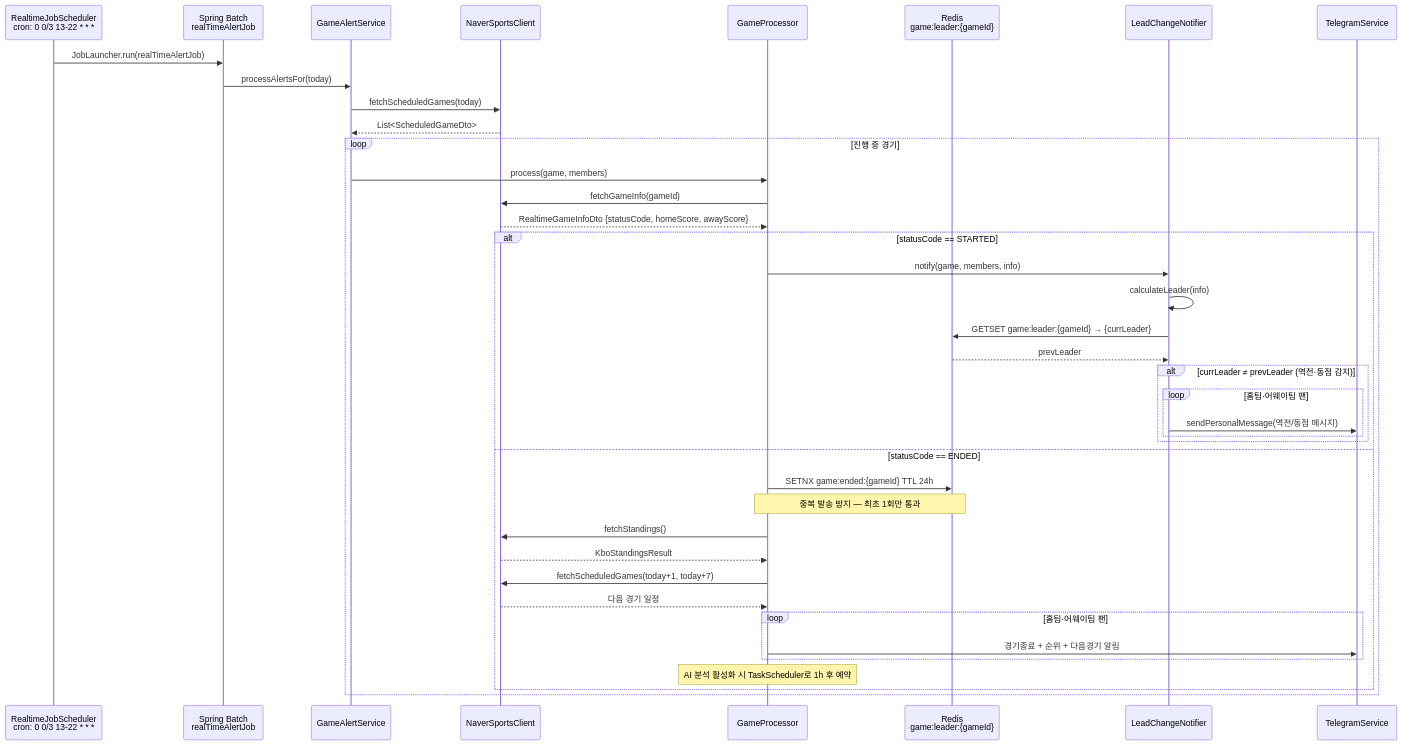
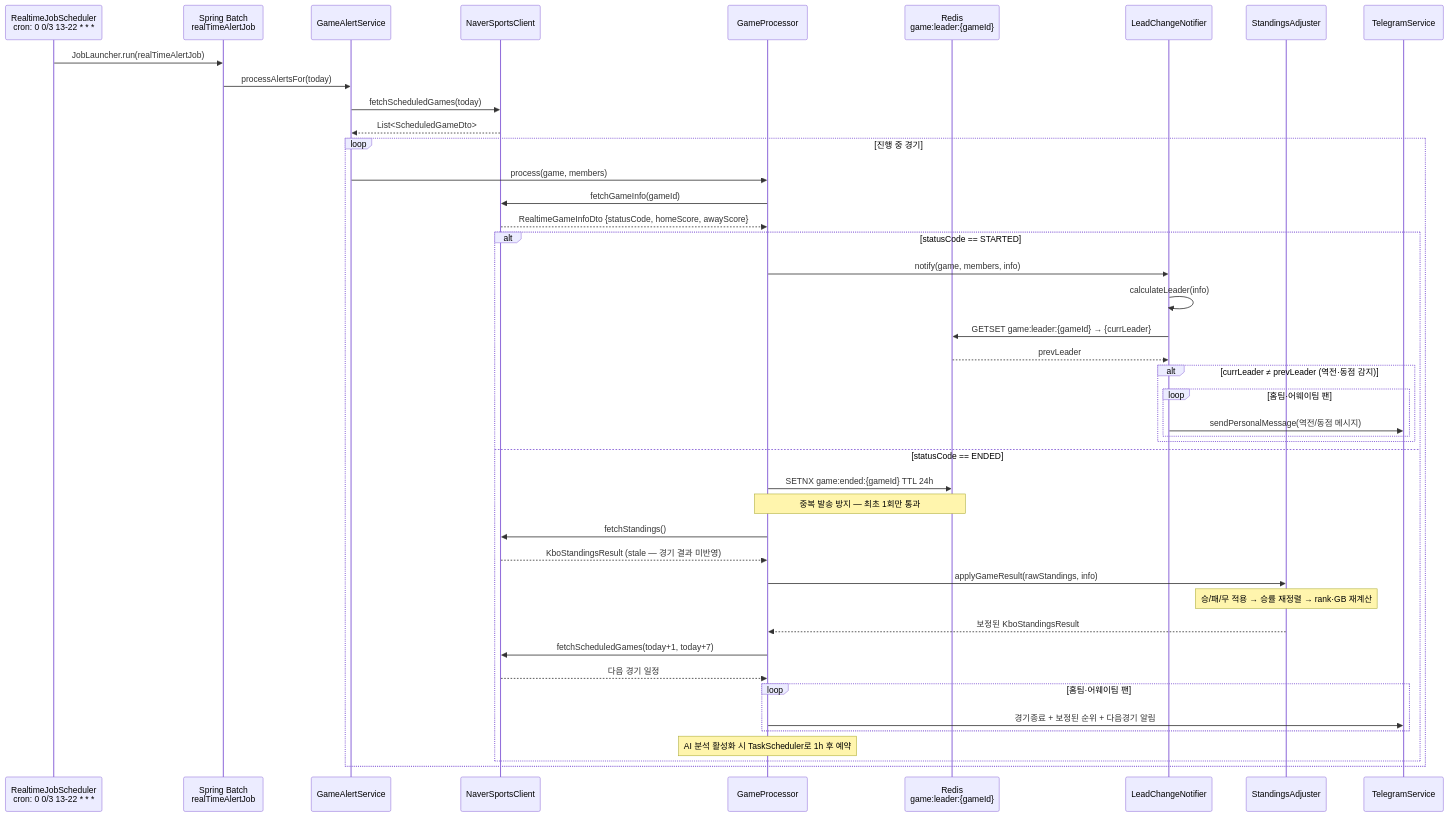
The fourth of 6 diagrams in README.md (oxdjww/Baseball-AI-Agent), drawn with Mermaid before and after one commit. The commit also changed other lines of this file and 1 other file, not shown here.

Commit message:
Docs: 2026-03-19 작업 로그 추가 및 README 최신화
- docs/daily-logs/2026-03-19.md: StandingsAdjuster 도입 배경·동작·검증 결과 기록
- README: Features 설명 업데이트, Data Flow 시퀀스 다이어그램에 StandingsAdjuster 단계 추가, Changelog·Daily Work Logs 항목 추가

````diff
--- a/README.md
+++ b/README.md
@@ -151,50 +151,54 @@
 ```mermaid
 sequenceDiagram
     participant Cron as RealtimeJobScheduler<br/>cron: 0 0/3 13-22 * * *
     participant Batch as Spring Batch<br/>realTimeAlertJob
     participant Service as GameAlertService
     participant Naver as NaverSportsClient
     participant Proc as GameProcessor
     participant Redis as Redis<br/>game:leader:{gameId}
     participant Notifier as LeadChangeNotifier
+    participant Adjuster as StandingsAdjuster
     participant TG as TelegramService
 
     Cron->>Batch: JobLauncher.run(realTimeAlertJob)
     Batch->>Service: processAlertsFor(today)
     Service->>Naver: fetchScheduledGames(today)
     Naver-->>Service: List<ScheduledGameDto>
 
     loop 진행 중 경기
         Service->>Proc: process(game, members)
         Proc->>Naver: fetchGameInfo(gameId)
         Naver-->>Proc: RealtimeGameInfoDto {statusCode, homeScore, awayScore}
 
         alt statusCode == STARTED
             Proc->>Notifier: notify(game, members, info)
             Notifier->>Notifier: calculateLeader(info)
             Notifier->>Redis: GETSET game:leader:{gameId} → {currLeader}
             Redis-->>Notifier: prevLeader
 
             alt currLeader ≠ prevLeader (역전·동점 감지)
                 loop 홈팀·어웨이팀 팬
                     Notifier->>TG: sendPersonalMessage(역전/동점 메시지)
                 end
             end
 
         else statusCode == ENDED
             Proc->>Redis: SETNX game:ended:{gameId} TTL 24h
             Note over Proc,Redis: 중복 발송 방지 — 최초 1회만 통과
 
             Proc->>Naver: fetchStandings()
-            Naver-->>Proc: KboStandingsResult
+            Naver-->>Proc: KboStandingsResult (stale — 경기 결과 미반영)
+            Proc->>Adjuster: applyGameResult(rawStandings, info)
+            Note over Adjuster: 승/패/무 적용 → 승률 재정렬 → rank·GB 재계산
+            Adjuster-->>Proc: 보정된 KboStandingsResult
             Proc->>Naver: fetchScheduledGames(today+1, today+7)
             Naver-->>Proc: 다음 경기 일정
 
             loop 홈팀·어웨이팀 팬
-                Proc->>TG: 경기종료 + 순위 + 다음경기 알림
+                Proc->>TG: 경기종료 + 보정된 순위 + 다음경기 알림
             end
 
             Note over Proc: AI 분석 활성화 시 TaskScheduler로 1h 후 예약
         end
     end
 ```
````
